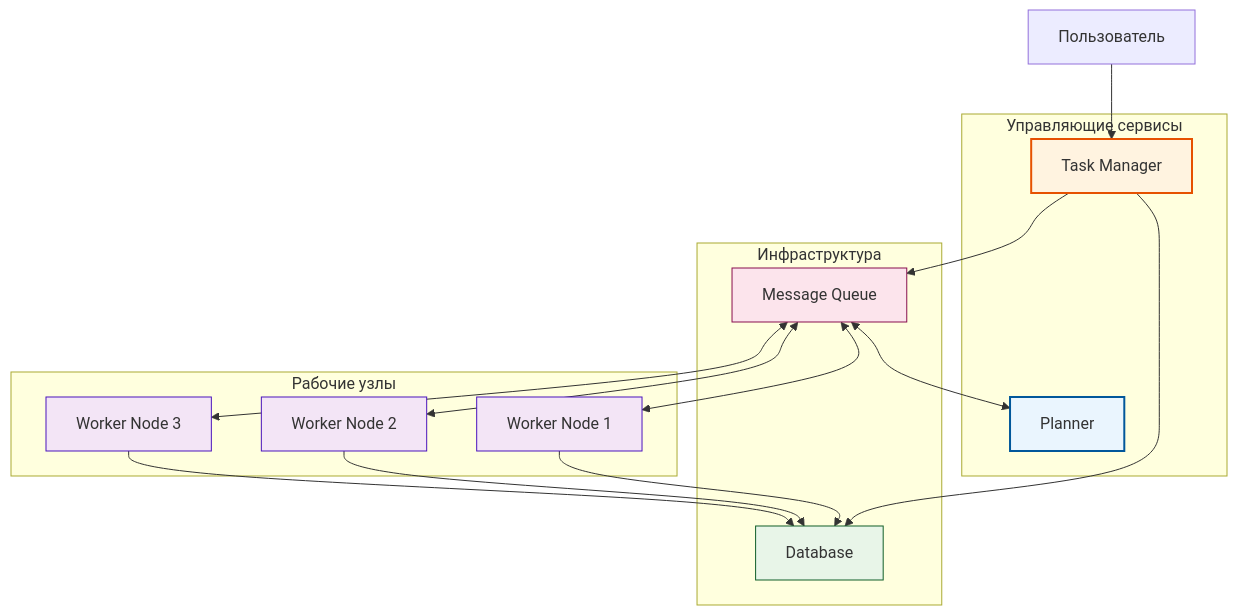
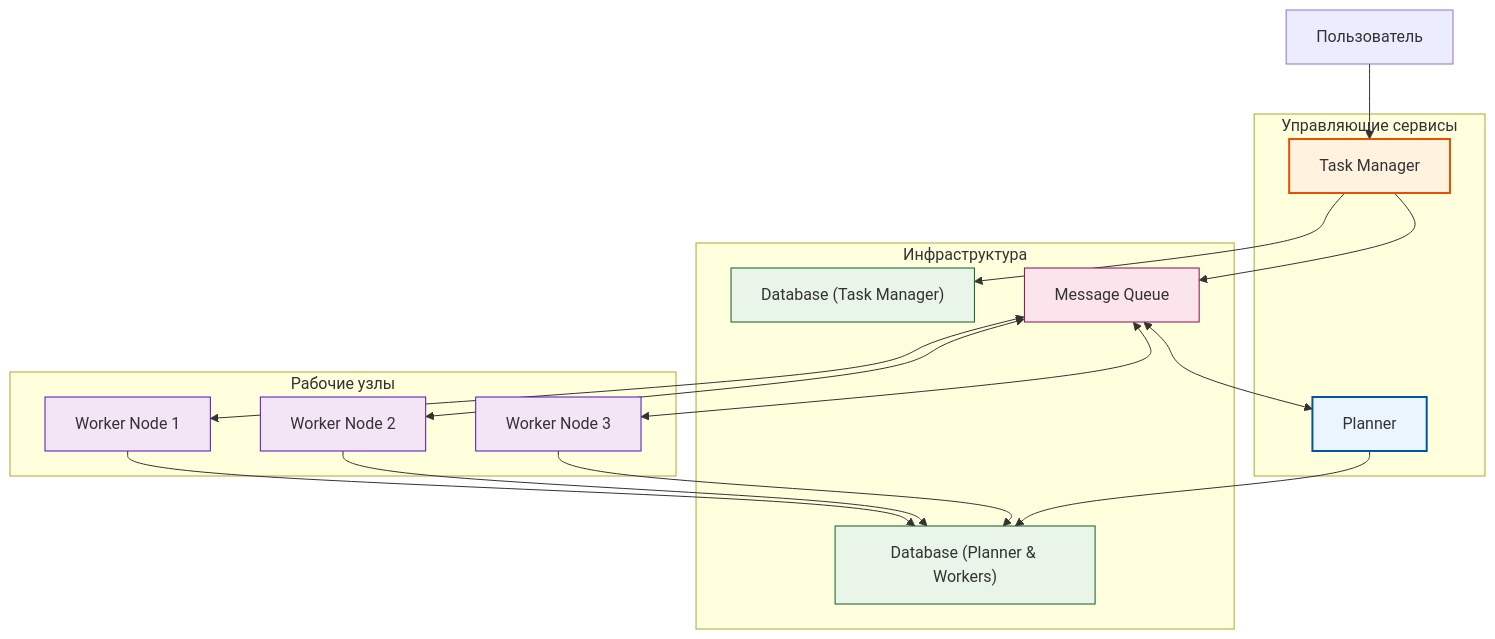
Before and after one commit to spbu-ds-practicum-2025/vss: the diagram in docs/tr.md, drawn with Mermaid. The commit also changed other lines of this file, not shown here.

````diff
--- a/docs/tr.md
+++ b/docs/tr.md
@@ -90,36 +91,40 @@
 ```mermaid
 flowchart TB
  subgraph Masters["Управляющие сервисы"]
         TM["Task Manager"]
         P["Planner"]
   end
  subgraph Workers["Рабочие узлы"]
         W1["Worker Node 1"]
         W2["Worker Node 2"]
         W3["Worker Node 3"]
   end
  subgraph Infrastructure["Инфраструктура"]
-        DB["Database"]
+        DB_TM["Database (Task Manager)"]
+        DB_PW["Database (Planner & Workers)"]
         MQ["Message Queue"]
   end
     U["Пользователь"] --> TM
-    TM --> MQ & DB
+    TM --> MQ & DB_TM
     MQ <--> P & W1 & W2 & W3
 
-    W1 --> DB
-    W2 --> DB
-    W3 --> DB
+    W1 --> DB_PW
+    W2 --> DB_PW
+    W3 --> DB_PW
+    P --> DB_PW
 
      TM:::taskManager
      P:::planner
      W1:::worker
      W2:::worker
      W3:::worker
-     DB:::database
+     DB_TM:::database
+     DB_PW:::database
      MQ:::mq
     classDef taskManager fill:#fff3e0,stroke:#e65100,stroke-width:2px
     classDef planner fill:#eaf5fe,stroke:#01579b,stroke-width:2px
     classDef worker fill:#f3e5f6,stroke:#4a14bc,stroke-width:1px
     classDef database fill:#e8f5e8,stroke:#105e28,stroke-width:1px
     classDef mq fill:#fce4ec,stroke:#880e4f,stroke-width:1px
+
 ```
````
